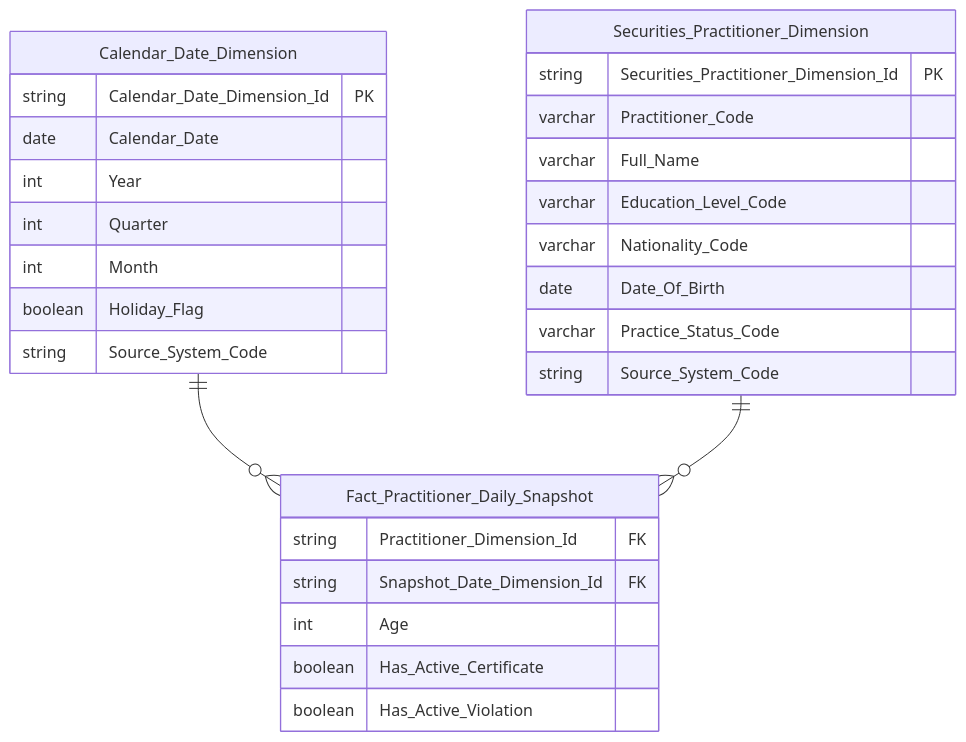
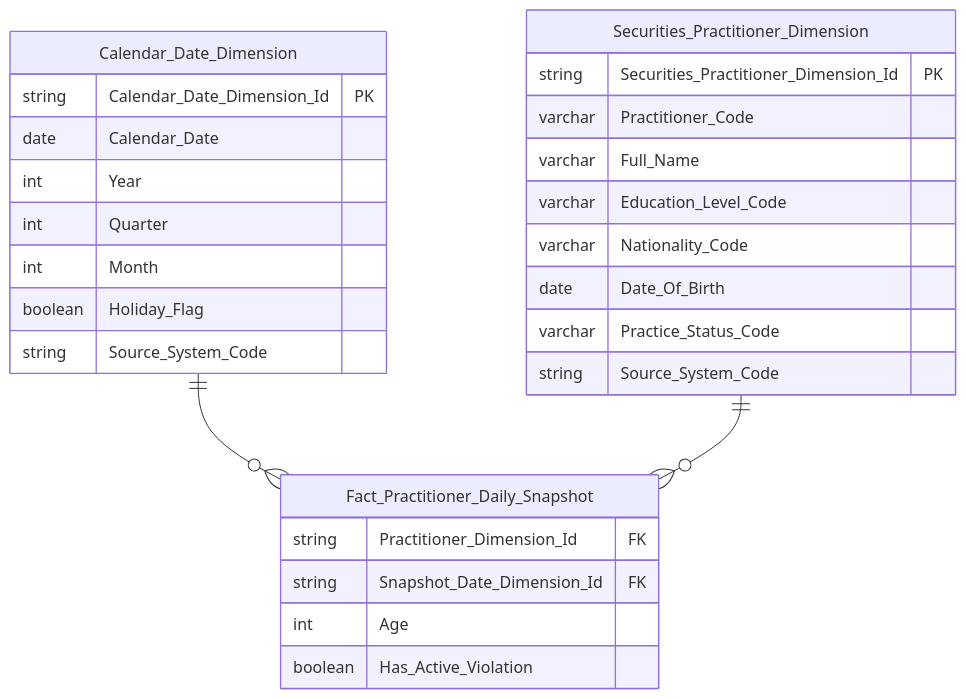
Before and after one commit to linhlvit/ubck_atomic_design: diagram 16 of 40 in Datamart/hld/DTM_NHNCK_HLD.md, drawn with Mermaid. The commit also changed other lines of this file and 37 other files, not shown here.

````diff
--- a/Datamart/hld/DTM_NHNCK_HLD.md
+++ b/Datamart/hld/DTM_NHNCK_HLD.md
@@ -638,34 +634,33 @@
 ```mermaid
 erDiagram
     Calendar_Date_Dimension ||--o{ Fact_Practitioner_Daily_Snapshot : " "
     Securities_Practitioner_Dimension ||--o{ Fact_Practitioner_Daily_Snapshot : " "
 
     Fact_Practitioner_Daily_Snapshot {
         string Practitioner_Dimension_Id FK
         string Snapshot_Date_Dimension_Id FK
         int Age
-        boolean Has_Active_Certificate
         boolean Has_Active_Violation
     }
 
     Calendar_Date_Dimension {
         string Calendar_Date_Dimension_Id PK
         date Calendar_Date
         int Year
         int Quarter
         int Month
         boolean Holiday_Flag
         string Source_System_Code
     }
 
     Securities_Practitioner_Dimension {
         string Securities_Practitioner_Dimension_Id PK
         varchar Practitioner_Code
         varchar Full_Name
         varchar Education_Level_Code
         varchar Nationality_Code
         date Date_Of_Birth
         varchar Practice_Status_Code
         string Source_System_Code
     }
 ```
````
